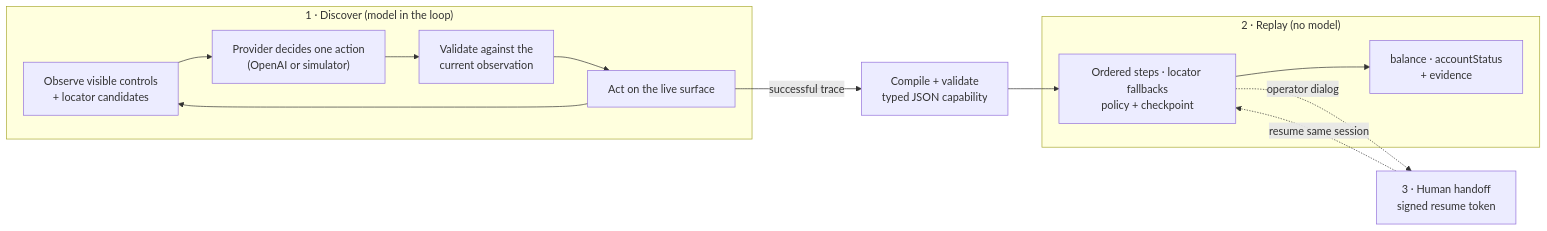
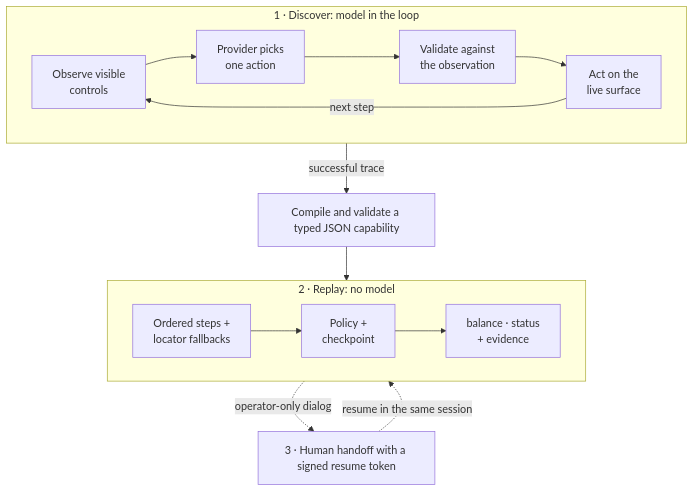
One commit to zoyaarief/legacy-credit-union-automation changed the diagram in README.md. Above: the diagram before and after it, drawn with Mermaid.

Commit message:
Lay out the README diagram top to bottom
The left-to-right layout rendered too wide to read at README width. Stack
the discover, replay, and handoff phases vertically instead.

````diff
--- a/README.md
+++ b/README.md
@@ -50,16 +50,19 @@
 ```mermaid
-flowchart LR
-    subgraph Discover["1 · Discover (model in the loop)"]
-        O["Observe visible controls<br/>+ locator candidates"] --> D["Provider decides one action<br/>(OpenAI or simulator)"]
-        D --> V["Validate against the<br/>current observation"]
-        V --> X["Act on the live surface"]
-        X --> O
+flowchart TD
+    subgraph Discover["1 · Discover: model in the loop"]
+        direction LR
+        O["Observe visible<br/>controls"] --> D["Provider picks<br/>one action"]
+        D --> V["Validate against<br/>the observation"]
+        V --> X["Act on the<br/>live surface"]
+        X -->|"next step"| O
     end
-    X -->|"successful trace"| C["Compile + validate<br/>typed JSON capability"]
-    C --> R
-    subgraph Replay["2 · Replay (no model)"]
-        R["Ordered steps · locator fallbacks<br/>policy + checkpoint"] --> OUT["balance · accountStatus<br/>+ evidence"]
+    Discover -->|"successful trace"| C["Compile and validate a typed JSON capability"]
+    C --> Replay
+    subgraph Replay["2 · Replay: no model"]
+        direction LR
+        R["Ordered steps +<br/>locator fallbacks"] --> P["Policy +<br/>checkpoint"]
+        P --> OUT["balance · status<br/>+ evidence"]
     end
-    R -.->|"operator dialog"| H["3 · Human handoff<br/>signed resume token"]
-    H -.->|"resume same session"| R
+    Replay -.->|"operator-only dialog"| H["3 · Human handoff with a signed resume token"]
+    H -.->|"resume in the same session"| Replay
 ```
````
